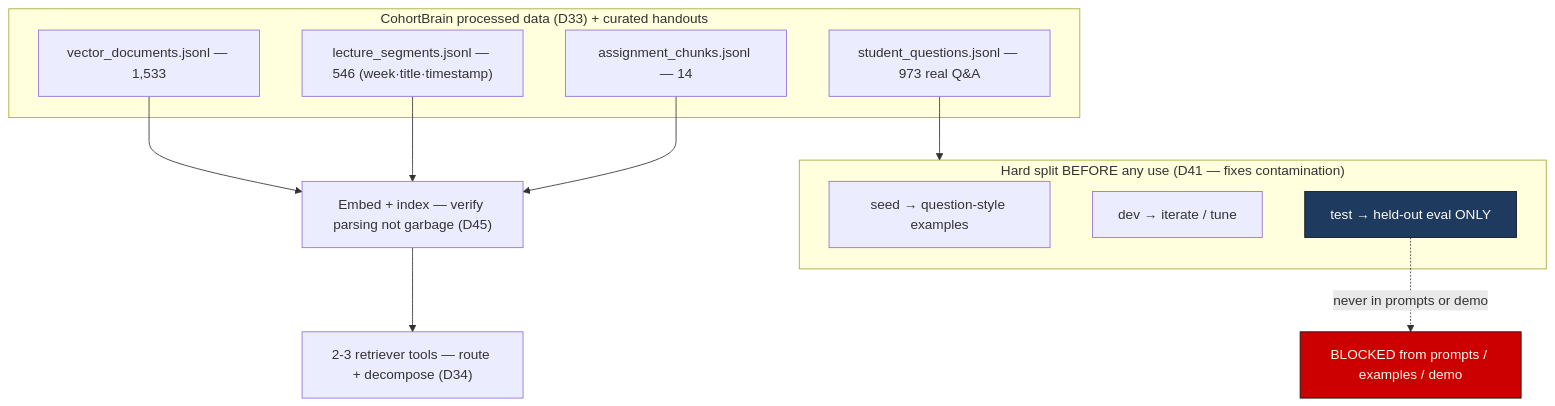
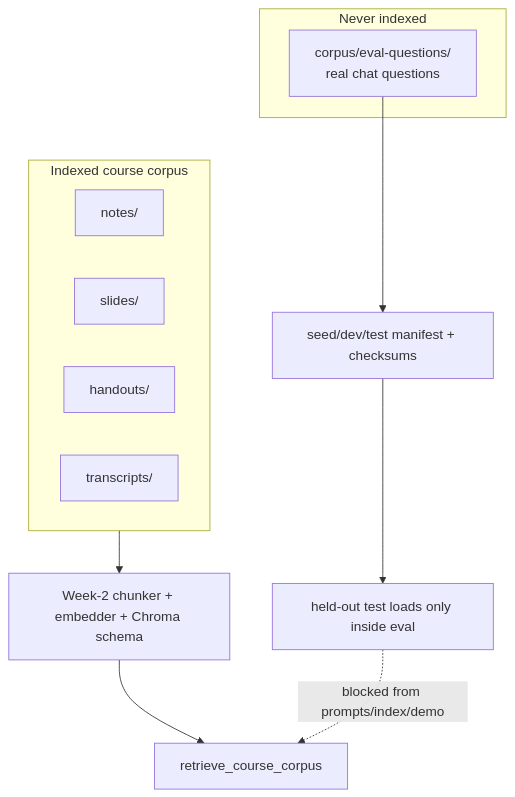
Before and after one commit to manjunath84/genacademy-coach: the sixth of 7 diagrams in docs/architecture-diagrams.md, drawn with Mermaid. The commit also changed other lines of this file and 13 other files, not shown here.

````diff
--- a/docs/architecture-diagrams.md
+++ b/docs/architecture-diagrams.md
@@ -236,25 +175,20 @@
 ```mermaid
 flowchart TD
-    subgraph Src["CohortBrain processed data (D33) + curated handouts"]
-        d1["vector_documents.jsonl — 1,533"]
-        d2["lecture_segments.jsonl — 546 (week·title·timestamp)"]
-        d3["assignment_chunks.jsonl — 14"]
-        d4["student_questions.jsonl — 973 real Q&A"]
+    subgraph Indexed["Indexed course corpus"]
+        N["notes/"]
+        S["slides/"]
+        H["handouts/"]
+        T["transcripts/"]
     end
-    Embed["Embed + index — verify parsing not garbage (D45)"]
-    d1 --> Embed
-    d2 --> Embed
-    d3 --> Embed
-    Embed --> RT["2-3 retriever tools — route + decompose (D34)"]
 
-    subgraph Split["Hard split BEFORE any use (D41 — fixes contamination)"]
-        seed["seed → question-style examples"]
-        dev["dev → iterate / tune"]
-        test["test → held-out eval ONLY"]
+    Ingest["Week-2 chunker + embedder + Chroma schema"]
+    Indexed --> Ingest --> Retriever["retrieve_course_corpus"]
+
+    subgraph NeverIndexed["Never indexed"]
+        Q["corpus/eval-questions/\nreal chat questions"]
     end
-    d4 --> Split
-    test -. never in prompts or demo .-> Block["BLOCKED from prompts / examples / demo"]
 
-    style test fill:#1E3A5F,stroke:#0F1419,color:#FDFCEF
-    style Block fill:#C00,stroke:#0F1419,color:#FDFCEF
+    Q --> Split["seed/dev/test manifest + checksums"]
+    Split --> Test["held-out test loads only inside eval"]
+    Test -. blocked from prompts/index/demo .-> Retriever
 ```
````
